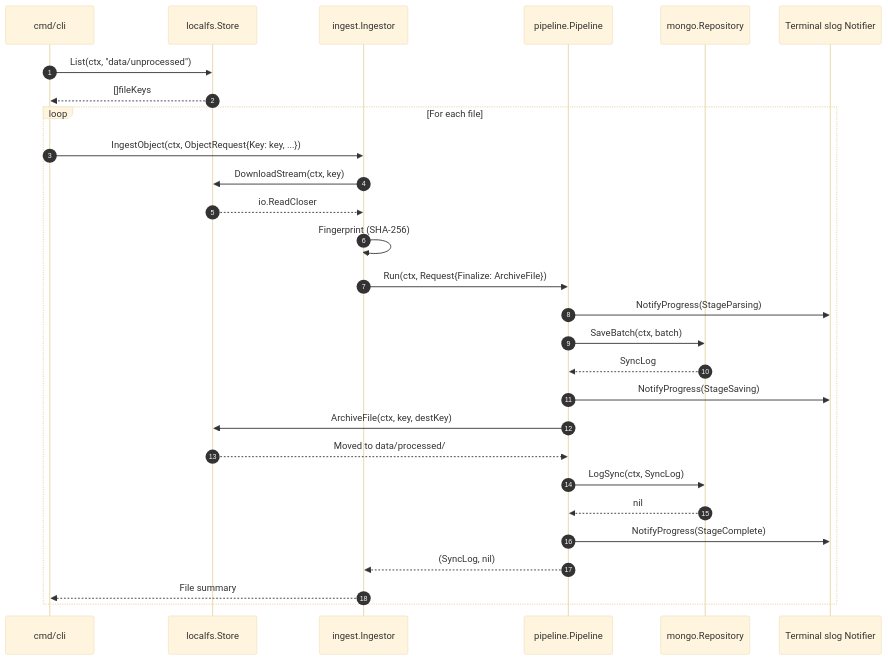
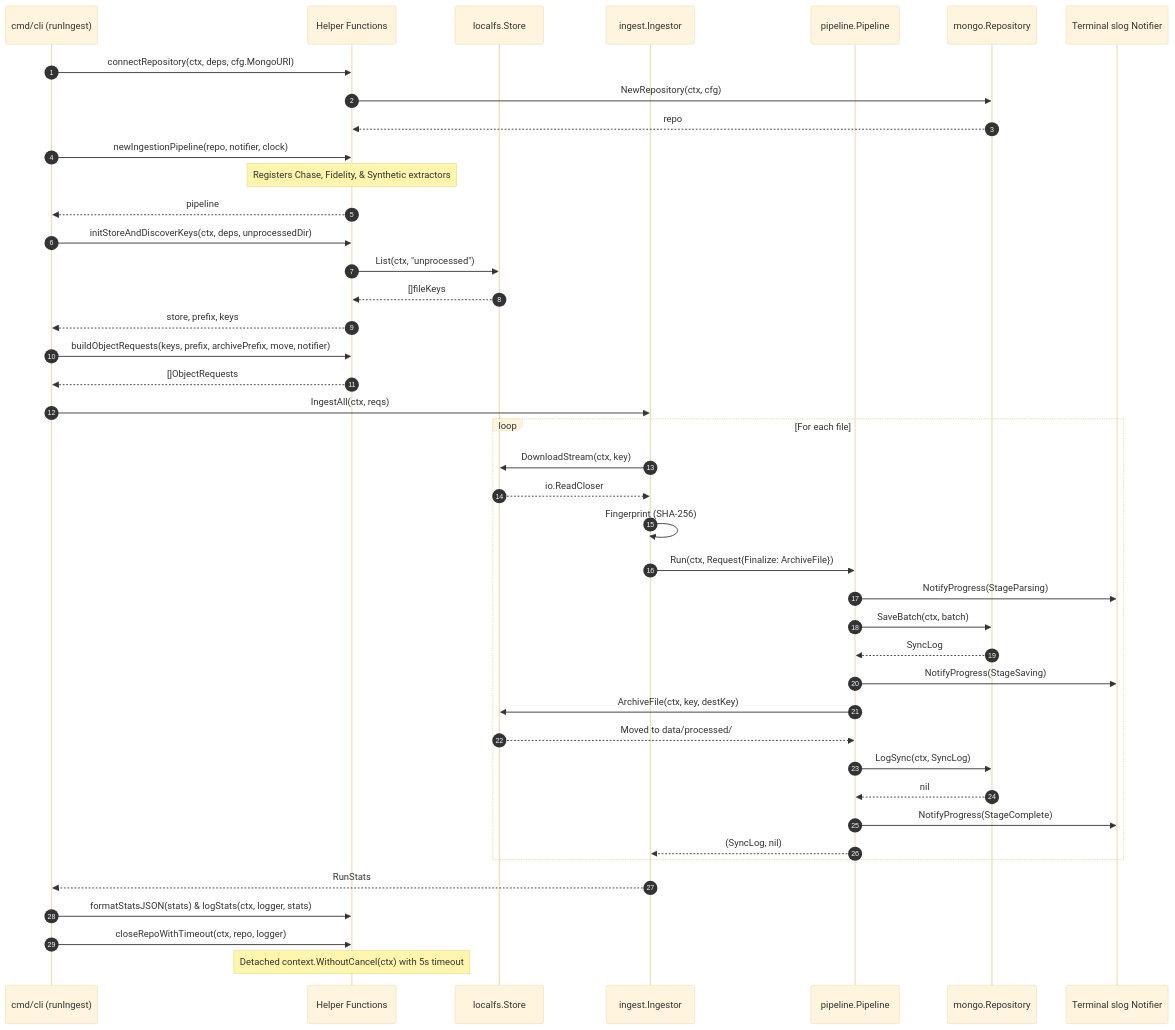
Before and after one commit to ajponte/babylon_data_loader: the second of 3 diagrams in docs/specs/hexagonal-application-pipeline.md, drawn with Mermaid (base theme). The commit also changed other lines of this file and 4 other files, not shown here.

Commit message:
feat(cli): CLI entrypoint and local build cutover (Phase 4G) (#89)

````diff
--- a/docs/specs/hexagonal-application-pipeline.md
+++ b/docs/specs/hexagonal-application-pipeline.md
@@ -254,31 +254,45 @@
 ```mermaid
 sequenceDiagram
     autonumber
-    participant CLI as cmd/cli
+    participant CLI as cmd/cli (runIngest)
+    participant Helpers as Helper Functions
     participant LFS as localfs.Store
     participant I as ingest.Ingestor
     participant P as pipeline.Pipeline
     participant R as mongo.Repository
     participant Notifier as Terminal slog Notifier
 
-    CLI->>LFS: List(ctx, "data/unprocessed")
-    LFS-->>CLI: []fileKeys
+    CLI->>Helpers: connectRepository(ctx, deps, cfg.MongoURI)
+    Helpers->>R: NewRepository(ctx, cfg)
+    R-->>Helpers: repo
+    CLI->>Helpers: newIngestionPipeline(repo, notifier, clock)
+    Note over Helpers: Registers Chase, Fidelity, & Synthetic extractors
+    Helpers-->>CLI: pipeline
+    CLI->>Helpers: initStoreAndDiscoverKeys(ctx, deps, unprocessedDir)
+    Helpers->>LFS: List(ctx, "unprocessed")
+    LFS-->>Helpers: []fileKeys
+    Helpers-->>CLI: store, prefix, keys
+    CLI->>Helpers: buildObjectRequests(keys, prefix, archivePrefix, move, notifier)
+    Helpers-->>CLI: []ObjectRequests
+    CLI->>I: IngestAll(ctx, reqs)
     loop For each file
-        CLI->>I: IngestObject(ctx, ObjectRequest{Key: key, ...})
         I->>LFS: DownloadStream(ctx, key)
         LFS-->>I: io.ReadCloser
         I->>I: Fingerprint (SHA-256)
         I->>P: Run(ctx, Request{Finalize: ArchiveFile})
         P->>Notifier: NotifyProgress(StageParsing)
         P->>R: SaveBatch(ctx, batch)
         R-->>P: SyncLog
         P->>Notifier: NotifyProgress(StageSaving)
         P->>LFS: ArchiveFile(ctx, key, destKey)
         LFS-->>P: Moved to data/processed/
         P->>R: LogSync(ctx, SyncLog)
         R-->>P: nil
         P->>Notifier: NotifyProgress(StageComplete)
         P-->>I: (SyncLog, nil)
-        I-->>CLI: File summary
     end
+    I-->>CLI: RunStats
+    CLI->>Helpers: formatStatsJSON(stats) & logStats(ctx, logger, stats)
+    CLI->>Helpers: closeRepoWithTimeout(ctx, repo, logger)
+    Note over Helpers: Detached context.WithoutCancel(ctx) with 5s timeout
 ```
````
